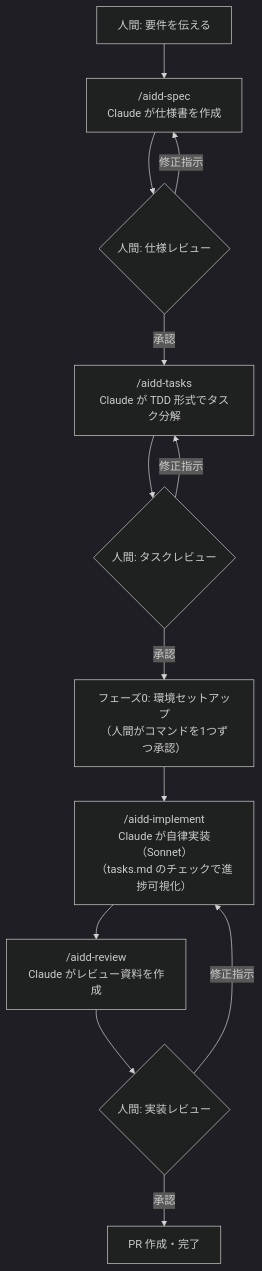
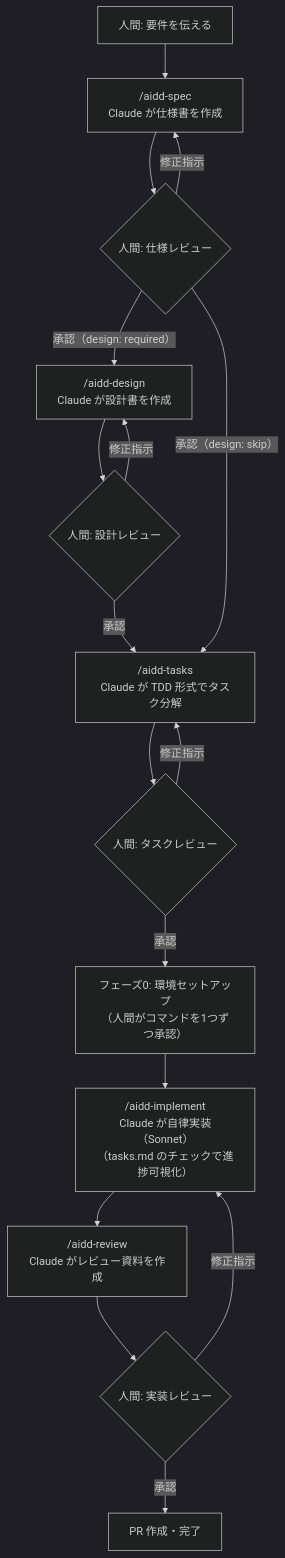
The diagram in README.md (gisuperu/aidd-template), drawn with Mermaid (dark theme) before and after one commit. The commit also changed other lines of this file and 23 other files, not shown here.

First line of the commit message:
設計フェーズ（/aidd-design）を条件付きで追加し、旧 /aidd-design を /aidd-vision に改名

````diff
--- a/README.md
+++ b/README.md
@@ -38,15 +39,19 @@
 ```mermaid
 flowchart TD
     A[人間: 要件を伝える] --> B["/aidd-spec<br>Claude が仕様書を作成"]
     B --> C{人間: 仕様レビュー}
     C -- 修正指示 --> B
-    C -- 承認 --> D["/aidd-tasks<br>Claude が TDD 形式でタスク分解"]
+    C -- "承認（design: required）" --> DS["/aidd-design<br>Claude が設計書を作成"]
+    DS --> DR{人間: 設計レビュー}
+    DR -- 修正指示 --> DS
+    DR -- 承認 --> D
+    C -- "承認（design: skip）" --> D["/aidd-tasks<br>Claude が TDD 形式でタスク分解"]
     D --> E{人間: タスクレビュー}
     E -- 修正指示 --> D
     E -- 承認 --> F0["フェーズ0: 環境セットアップ<br>（人間がコマンドを1つずつ承認）"]
     F0 --> F["/aidd-implement<br>Claude が自律実装（Sonnet）<br>（tasks.md のチェックで進捗可視化）"]
     F --> G["/aidd-review<br>Claude がレビュー資料を作成"]
     G --> H{人間: 実装レビュー}
     H -- 修正指示 --> F
     H -- 承認 --> I[PR 作成・完了]
 ```
````
